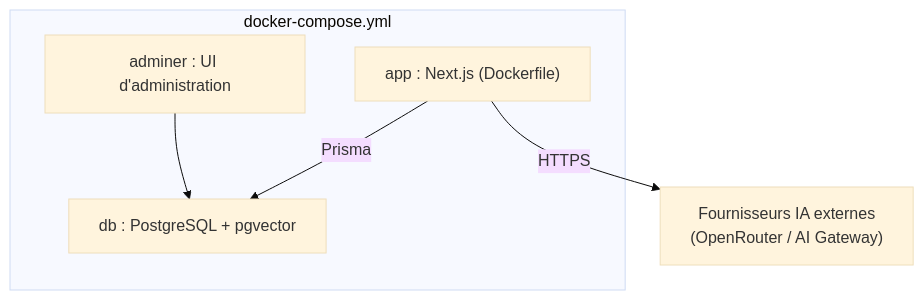
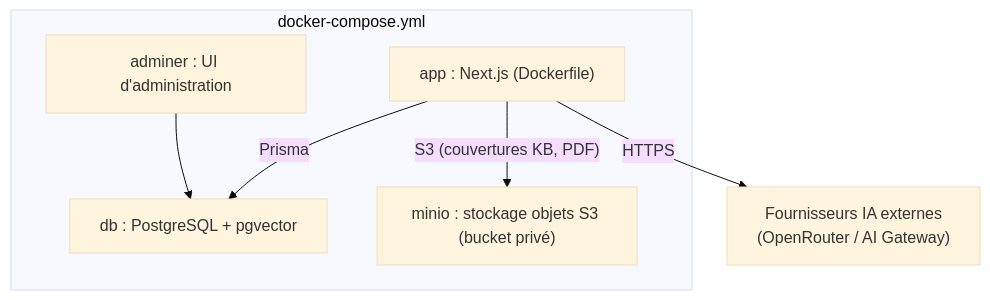
Before and after one commit to shademounir/Hari: the diagram in docs/07-deploiement/deploiement.md, drawn with Mermaid (base theme). The commit also changed other lines of this file and 3 other files, not shown here.

````diff
--- a/docs/07-deploiement/deploiement.md
+++ b/docs/07-deploiement/deploiement.md
@@ -50,11 +52,13 @@
 ```mermaid
 flowchart TB
     subgraph Compose["docker-compose.yml"]
         DB["db : PostgreSQL + pgvector"]
         AD["adminer : UI d'administration"]
+        MIO["minio : stockage objets S3 (bucket privé)"]
         APP["app : Next.js (Dockerfile)"]
     end
     APP -->|Prisma| DB
     AD --> DB
+    APP -->|"S3 (couvertures KB, PDF)"| MIO
     APP -->|HTTPS| EXT["Fournisseurs IA externes<br/>(OpenRouter / AI Gateway)"]
 ```
````
